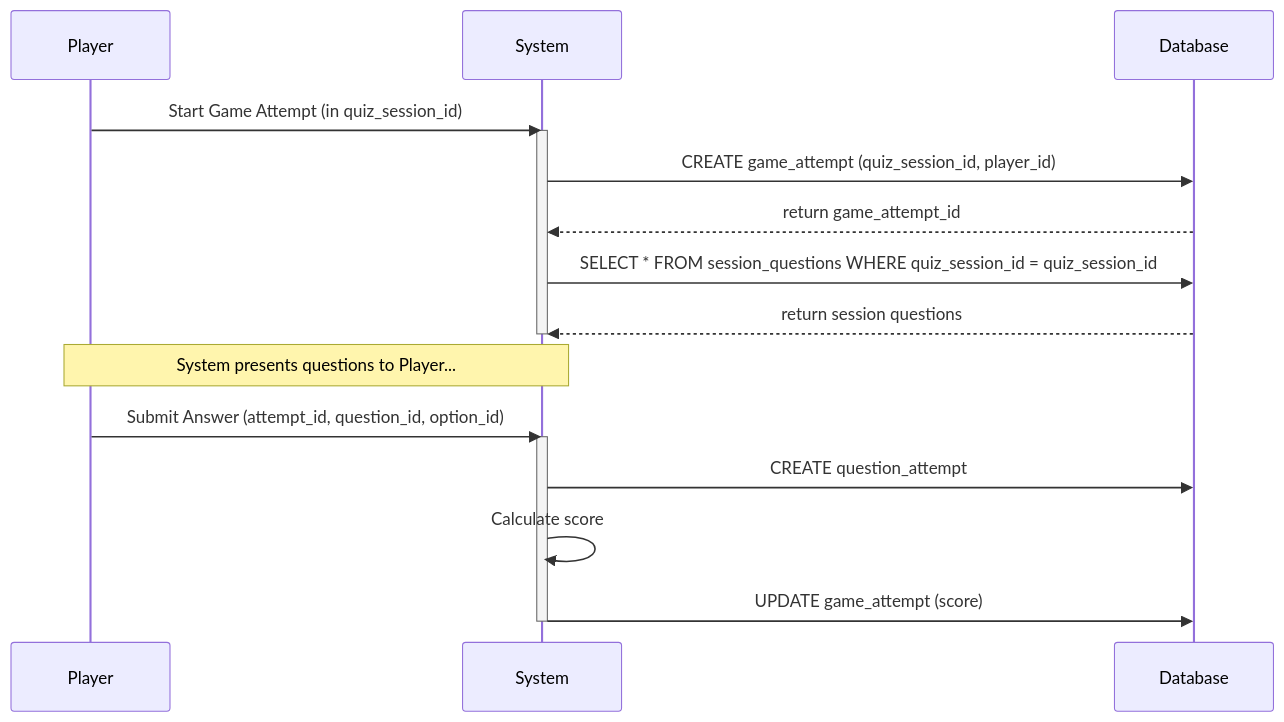
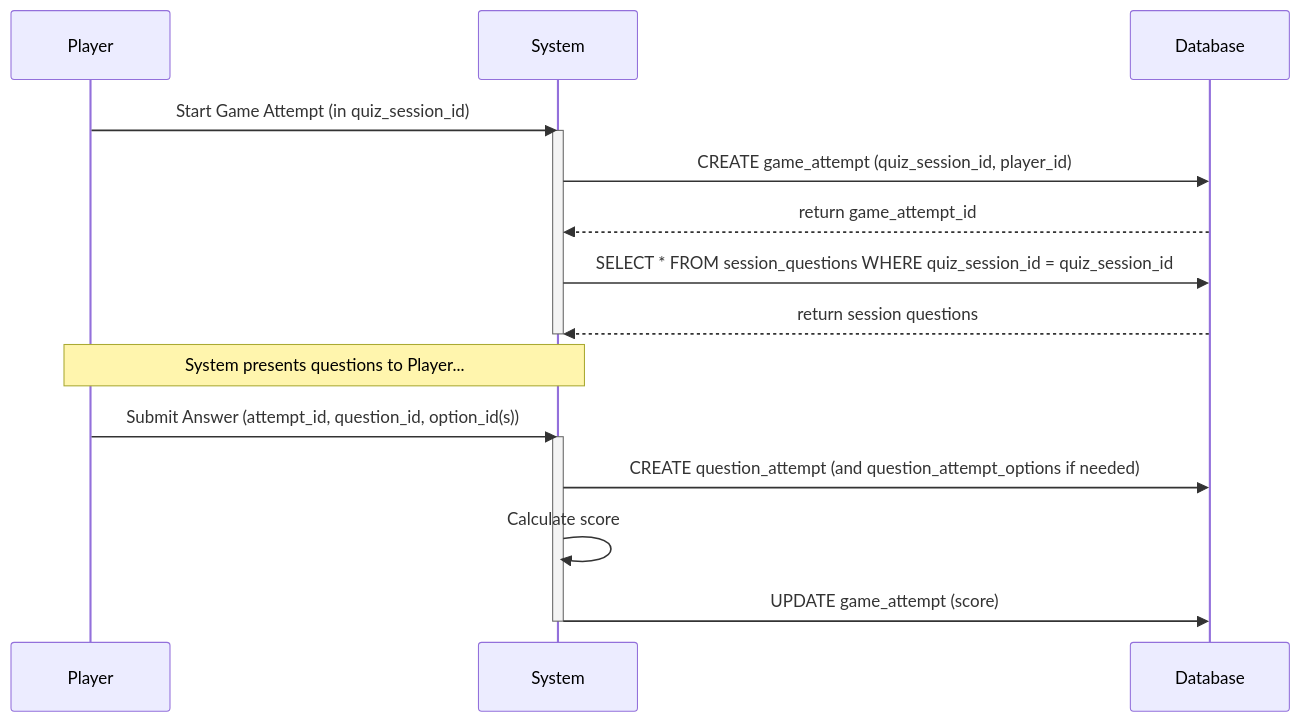
The third of 4 diagrams in REPORT.md (nielpattin/CSE702025-N06-NHOM7), drawn with Mermaid before and after one commit. The commit also changed other lines of this file and 2 other files, not shown here.

````diff
--- a/REPORT.md
+++ b/REPORT.md
@@ -279,23 +319,23 @@
 ```mermaid
 sequenceDiagram
     participant Player
     participant System
     participant Database
 
     Player->>System: Start Game Attempt (in quiz_session_id)
     activate System
     System->>Database: CREATE game_attempt (quiz_session_id, player_id)
     Database-->>System: return game_attempt_id
     System->>Database: SELECT * FROM session_questions WHERE quiz_session_id = quiz_session_id
     Database-->>System: return session questions
     deactivate System
 
     Note over Player, System: System presents questions to Player...
 
-    Player->>System: Submit Answer (attempt_id, question_id, option_id)
+    Player->>System: Submit Answer (attempt_id, question_id, option_id(s))
     activate System
-    System->>Database: CREATE question_attempt
+    System->>Database: CREATE question_attempt (and question_attempt_options if needed)
     System->>System: Calculate score
     System->>Database: UPDATE game_attempt (score)
     deactivate System
 ```
````
